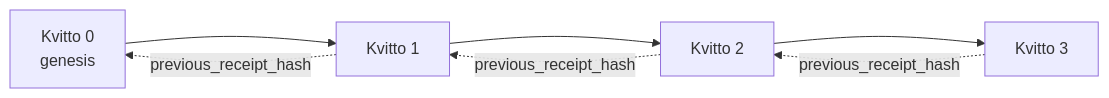
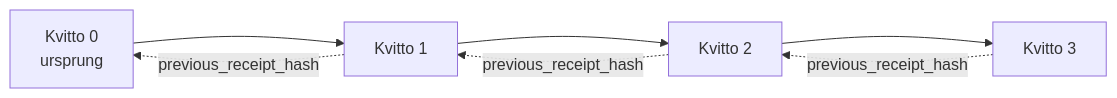
One commit to gabrielmoreira/agent-skills-mirror changed the second of 2 diagrams in mirrors/repos/microsoft@ai-agents-for-beginners/translations/sv/18-securing-ai-agents/README.md. Above: the diagram before and after it, drawn with Mermaid. The commit also changed other lines of this file and 8886 other files, not shown here.

````diff
--- a/mirrors/repos/microsoft@ai-agents-for-beginners/translations/sv/18-securing-ai-agents/README.md
+++ b/mirrors/repos/microsoft@ai-agents-for-beginners/translations/sv/18-securing-ai-agents/README.md
@@ -206,9 +206,9 @@
 ```mermaid
 flowchart LR
-    R0[Kvitto 0<br/>genesis] --> R1[Kvitto 1]
+    R0[Kvitto 0<br/>ursprung] --> R1[Kvitto 1]
     R1 --> R2[Kvitto 2]
     R2 --> R3[Kvitto 3]
     R1 -. previous_receipt_hash .-> R0
     R2 -. previous_receipt_hash .-> R1
     R3 -. previous_receipt_hash .-> R2
 ```
````
